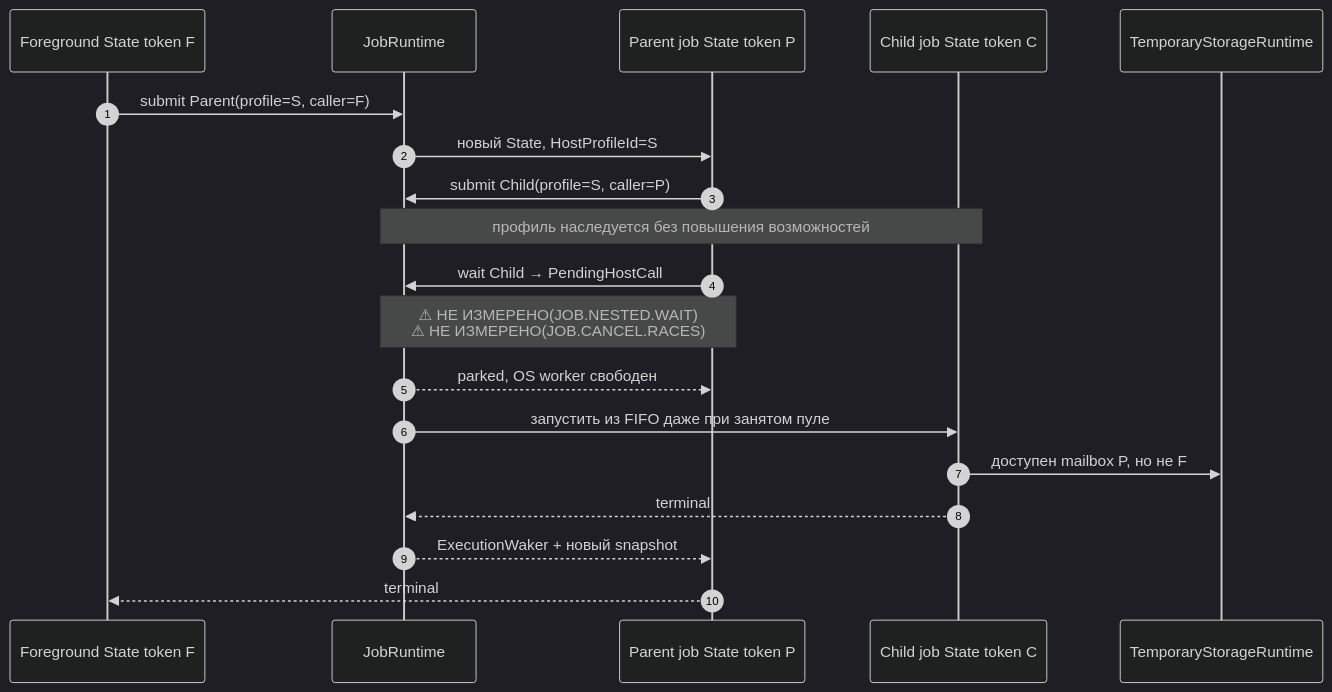
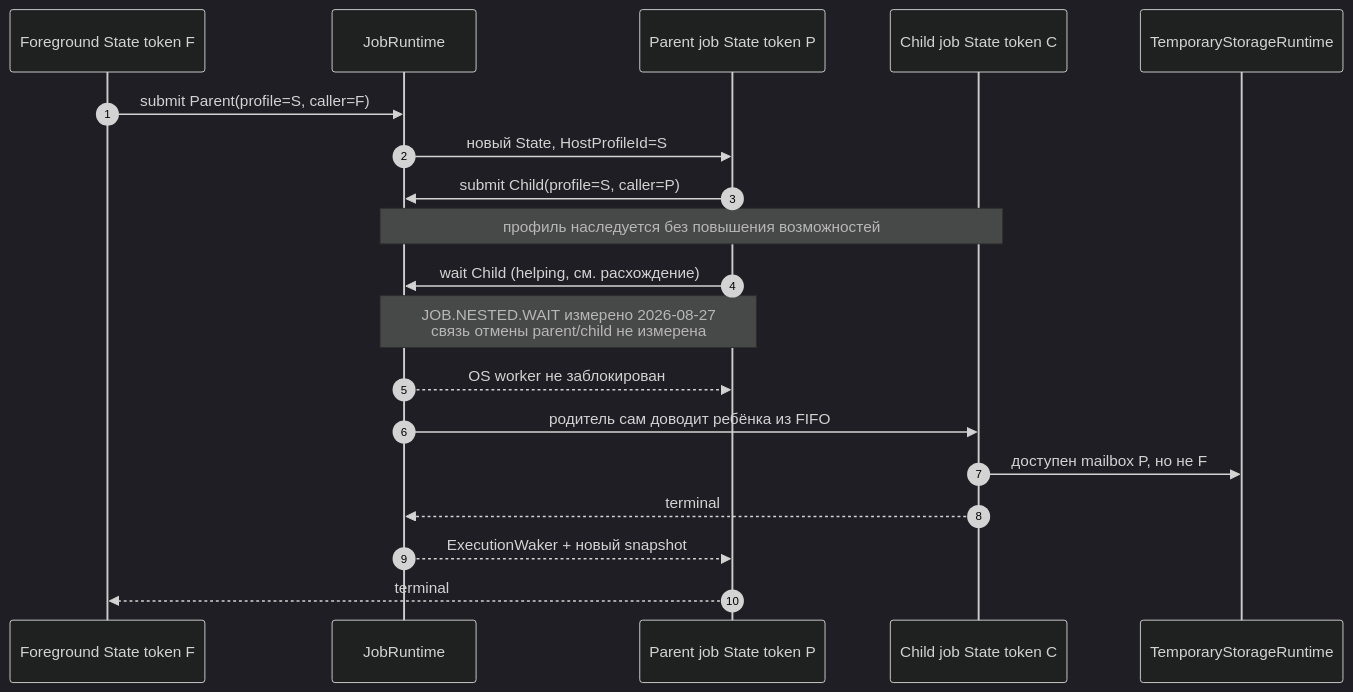
Diagram 12 of 21 in docs/component-architecture.md (dobpilot/open-bsl), drawn with Mermaid (dark theme) before and after one commit. The commit also changed other lines of this file and 6 other files, not shown here.

````diff
--- a/docs/component-architecture.md
+++ b/docs/component-architecture.md
@@ -551,22 +603,22 @@
 ```mermaid
 sequenceDiagram
     autonumber
     participant Foreground as Foreground State token F
     participant Runtime as JobRuntime
     participant Parent as Parent job State token P
     participant Child as Child job State token C
     participant Storage as TemporaryStorageRuntime
 
     Foreground->>Runtime: submit Parent(profile=S, caller=F)
     Runtime->>Parent: новый State, HostProfileId=S
     Parent->>Runtime: submit Child(profile=S, caller=P)
     Note over Runtime,Child: профиль наследуется без повышения возможностей
-    Parent->>Runtime: wait Child → PendingHostCall
-    Note over Parent,Runtime: ⚠ НЕ ИЗМЕРЕНО(JOB.NESTED.WAIT)<br/>⚠ НЕ ИЗМЕРЕНО(JOB.CANCEL.RACES)
-    Runtime-->>Parent: parked, OS worker свободен
-    Runtime->>Child: запустить из FIFO даже при занятом пуле
+    Parent->>Runtime: wait Child (helping, см. расхождение)
+    Note over Parent,Runtime: JOB.NESTED.WAIT измерено 2026-08-27<br/>связь отмены parent/child не измерена
+    Runtime-->>Parent: OS worker не заблокирован
+    Runtime->>Child: родитель сам доводит ребёнка из FIFO
     Child->>Storage: доступен mailbox P, но не F
     Child-->>Runtime: terminal
     Runtime-->>Parent: ExecutionWaker + новый snapshot
     Parent-->>Foreground: terminal
 ```
````
